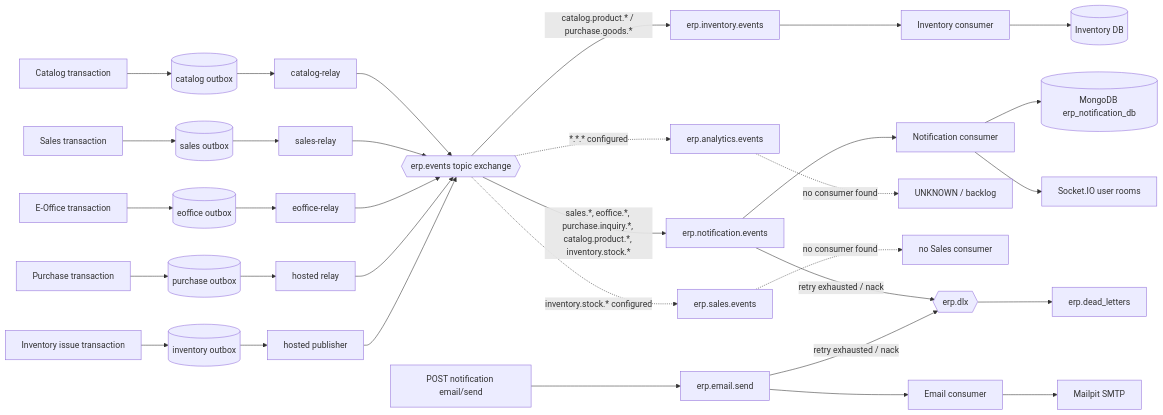
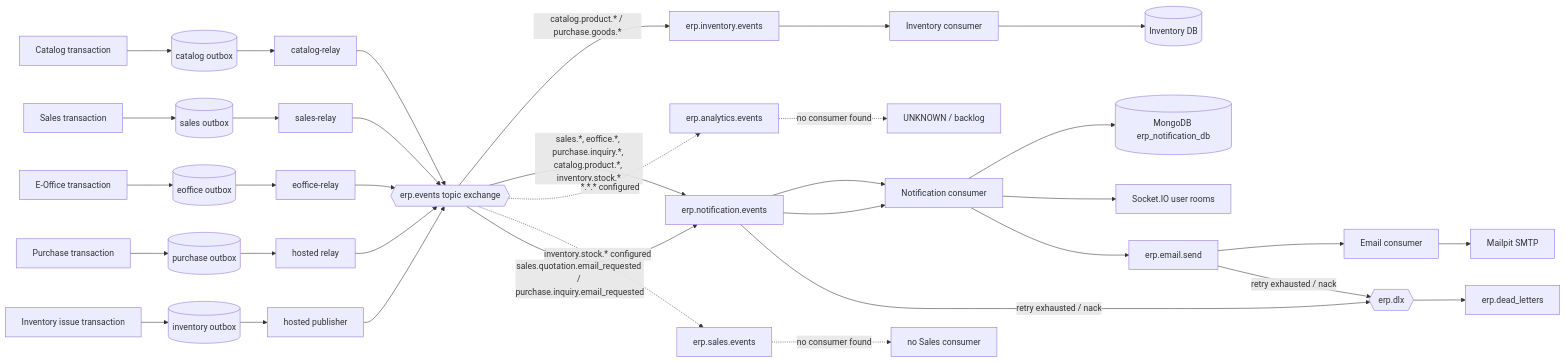
One commit to ttung205/smart-erp changed the third of 4 diagrams in docs/architecture/ARCHITECTURE.md. Above: the diagram before and after it, drawn with Mermaid. The commit also changed other lines of this file and 7 other files, not shown here.

````diff
--- a/docs/architecture/ARCHITECTURE.md
+++ b/docs/architecture/ARCHITECTURE.md
@@ -205,30 +205,31 @@
 ```mermaid
 flowchart LR
     CAT[Catalog transaction] --> CO[(catalog outbox)] --> CR[catalog-relay]
     SAL[Sales transaction] --> SO[(sales outbox)] --> SR[sales-relay]
     EO[E-Office transaction] --> EOO[(eoffice outbox)] --> ER[eoffice-relay]
     PUR[Purchase transaction] --> PO[(purchase outbox)] --> PR[hosted relay]
     INV[Inventory issue transaction] --> IO[(inventory outbox)] --> IP[hosted publisher]
 
     CR & SR & ER & PR & IP --> EX{{erp.events topic exchange}}
 
     EX -->|catalog.product.* / purchase.goods.*| IQ[erp.inventory.events]
     IQ --> IC[Inventory consumer]
     IC --> IDB[(Inventory DB)]
 
     EX -->|sales.*, eoffice.*, purchase.inquiry.*, catalog.product.*, inventory.stock.*| NQ[erp.notification.events]
     NQ --> NC[Notification consumer]
     NC --> NDB[(MongoDB erp_notification_db)]
     NC --> SIO[Socket.IO user rooms]
 
     EX -.->|*.*.* configured| AQ[erp.analytics.events]
     AQ -.->|no consumer found| UNKNOWN[UNKNOWN / backlog]
 
     EX -.->|inventory.stock.* configured| SQ[erp.sales.events]
     SQ -.->|no consumer found| UNUSED[no Sales consumer]
 
-    NAPI[POST notification email/send] --> EQ[erp.email.send]
+    EX -->|sales.quotation.email_requested / purchase.inquiry.email_requested| NQ
+    NQ --> NC --> EQ[erp.email.send]
     EQ --> EC[Email consumer] --> SMTP[Mailpit SMTP]
 
     NQ & EQ -->|retry exhausted / nack| DLX{{erp.dlx}} --> DLQ[erp.dead_letters]
 ```
````
